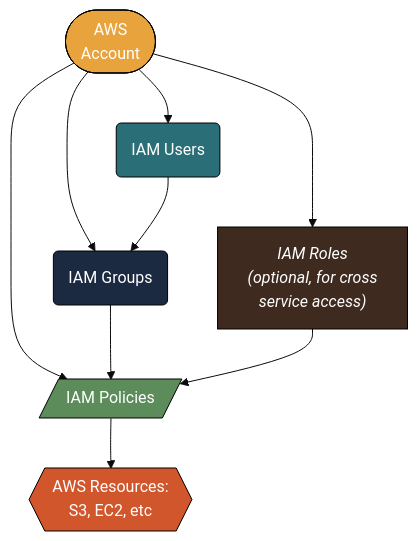
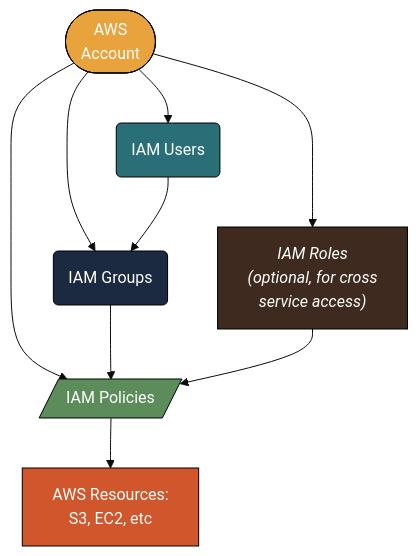
Before and after one commit to mjfrigaard/do4ds-labs: the sixth of 8 diagrams in start-aws.qmd, drawn with Mermaid. The commit also changed other lines of this file and 69 other files, not shown here.

Commit message:
style review fixes; mermaid look; lab07 model scripts and workflow deps

````diff
--- a/start-aws.qmd
+++ b/start-aws.qmd
@@ -256,28 +256,28 @@
 ```{mermaid}
 %%| fig-cap: ‘Humans and services’
 %%| fig-width: 7.0
 %%| fig-align: 'center'
-%%{init: {'theme': 'base', 'themeVariables': {'fontFamily': 'monospace'}}}%%
+%%{init: {'theme': 'base', 'look': 'classic', 'themeVariables': {'fontFamily': 'monospace'}}}%%
 
 graph TD
 
     AWS(["AWS<br>Account"])
 
     AWS --> Users("IAM Users")
     AWS --> Groups("IAM Groups")
     AWS --> Policies[/"IAM Policies"/]
     AWS --> Roles["<em>IAM Roles<br>(optional, for cross<br>service access)</em>"]
 
     Users --> Groups
     Groups --> Policies
     Roles --> Policies
-    Policies --> Resources{{"AWS Resources:<br>S3, EC2, etc"}}
+    Policies --> Resources["AWS Resources:<br>S3, EC2, etc"]
     
     style AWS fill:#E8A33D,stroke:#000000,stroke-width:1px,color:#ffffff
     style Policies fill:#5B8C5A,stroke:#000000,stroke-width:1px,color:#ffffff
     style Roles fill:#3E2A1E,stroke:#000000,stroke-width:1px,color:#ffffff
     style Groups fill:#1B2A41,stroke:#000000,stroke-width:1px,color:#ffffff
     style Users fill:#2A6F77,stroke:#000000,stroke-width:1px,color:#ffffff
     style Resources fill:#D2562B,stroke:#000000,stroke-width:1px,color:#ffffff
     
 ```
````
